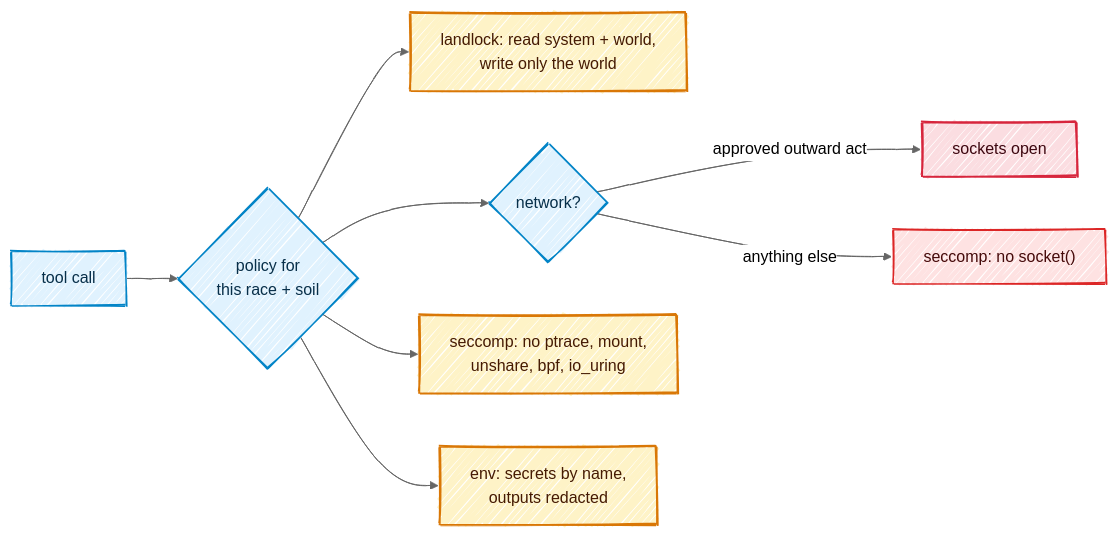
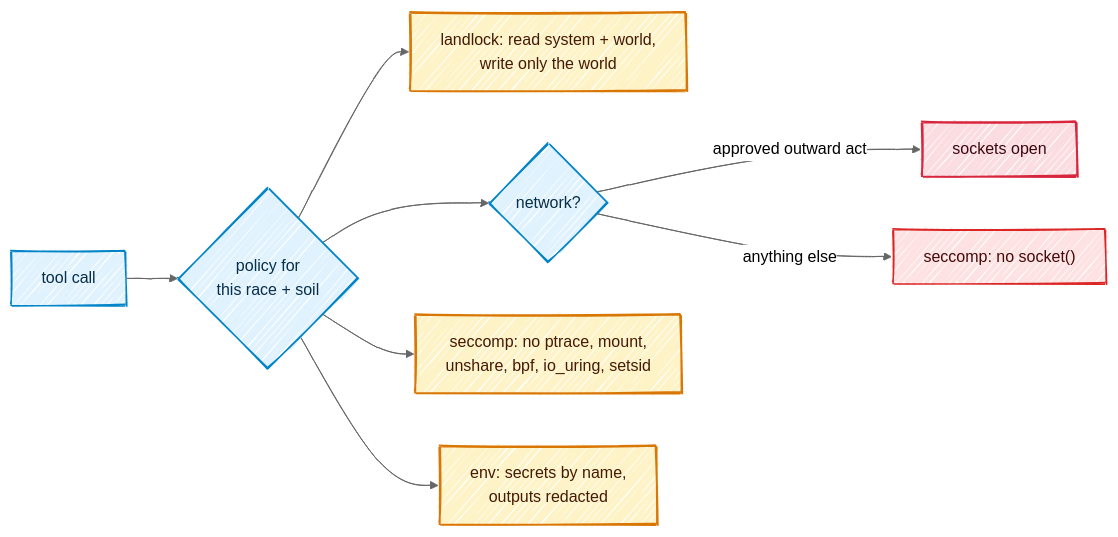
The second of 3 diagrams in docs/05-architecture.md (Kaginari/mnemorph), drawn with Mermaid before and after one commit. The commit also changed other lines of this file and 16 other files, not shown here.

Commit message:
M7 queue review: the store moves outside the world; seccomp refuses setsid/setpgid; only the human and the harness claim; orders go down the ranks; arrival order, wider ids, q routing

````diff
--- a/docs/05-architecture.md
+++ b/docs/05-architecture.md
@@ -145,25 +145,25 @@
 ```mermaid
 ---
 config:
   look: handDrawn
   theme: neutral
   flowchart:
     wrappingWidth: 360
 ---
 flowchart LR
     T["tool call"] --> P{"policy for<br/>this race + soil"}
     P --> FS["landlock: read system + world,<br/>write only the world"]
     P --> NET{"network?"}
     NET -- "approved outward act" --> ALLOW["sockets open"]
     NET -- "anything else" --> DENY["seccomp: no socket()"]
-    P --> SC["seccomp: no ptrace, mount,<br/>unshare, bpf, io_uring"]
+    P --> SC["seccomp: no ptrace, mount,<br/>unshare, bpf, io_uring, setsid"]
     P --> ENV["env: secrets by name,<br/>outputs redacted"]
     classDef step fill:#e0f2fe,stroke:#0284c7,stroke-width:1.5px,color:#082f49
     class T,P,NET step
     classDef gate fill:#fef3c7,stroke:#d97706,stroke-width:2px,color:#451a03
     class FS,SC,ENV gate
     classDef kijin fill:#fbdde1,stroke:#D7263D,stroke-width:2px,color:#3d0710
     class ALLOW kijin
     classDef bad fill:#fee2e2,stroke:#dc2626,stroke-width:1.5px,color:#450a0a
     class DENY bad
 ```
````
